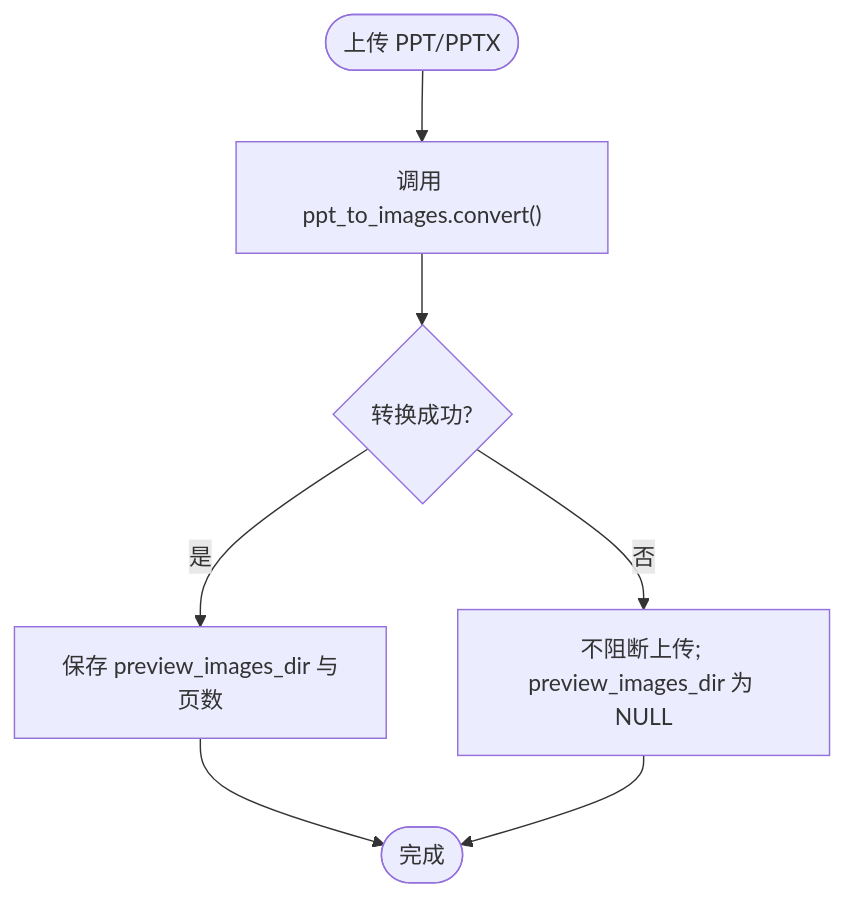
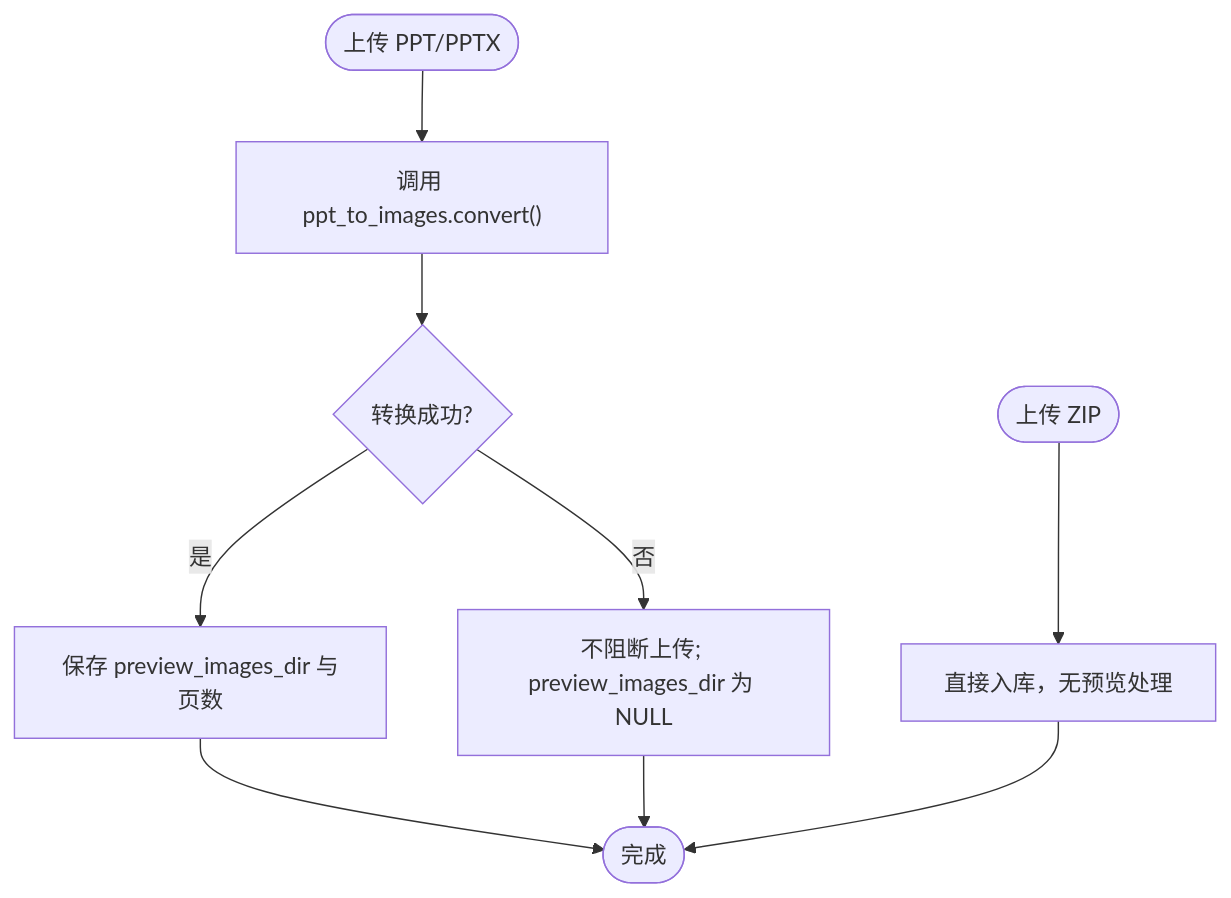
One commit to leo21cn/ai-learning-hub changed the fourth of 7 diagrams in .qoder/repowiki/zh/content/后端开发指南/数据模型设计/素材模型(Material).md. Above: the diagram before and after it, drawn with Mermaid. The commit also changed other lines of this file and 41 other files, not shown here.

````diff
--- a/.qoder/repowiki/zh/content/后端开发指南/数据模型设计/素材模型(Material).md
+++ b/.qoder/repowiki/zh/content/后端开发指南/数据模型设计/素材模型(Material).md
@@ -219,9 +238,11 @@
 ```mermaid
 flowchart TD
 Start(["上传 PPT/PPTX"]) --> Convert["调用 ppt_to_images.convert()"]
 Convert --> Success{"转换成功?"}
 Success --> |是| SaveDir["保存 preview_images_dir 与页数"]
 Success --> |否| Fallback["不阻断上传; preview_images_dir 为 NULL"]
 SaveDir --> End(["完成"])
 Fallback --> End
+Start2(["上传 ZIP"]) --> Direct["直接入库，无预览处理"]
+Direct --> End
 ```
````
